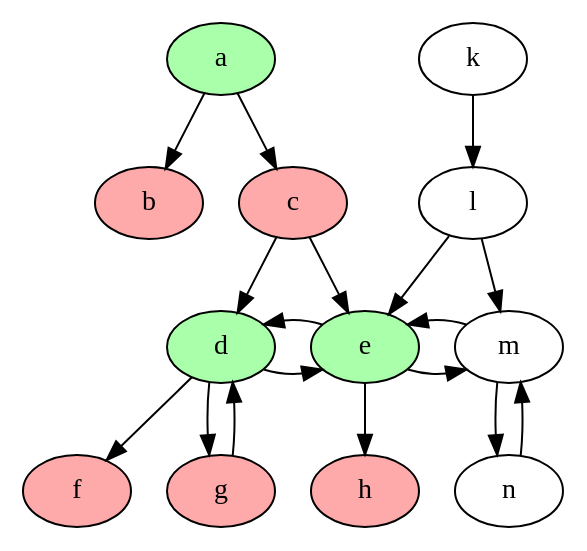
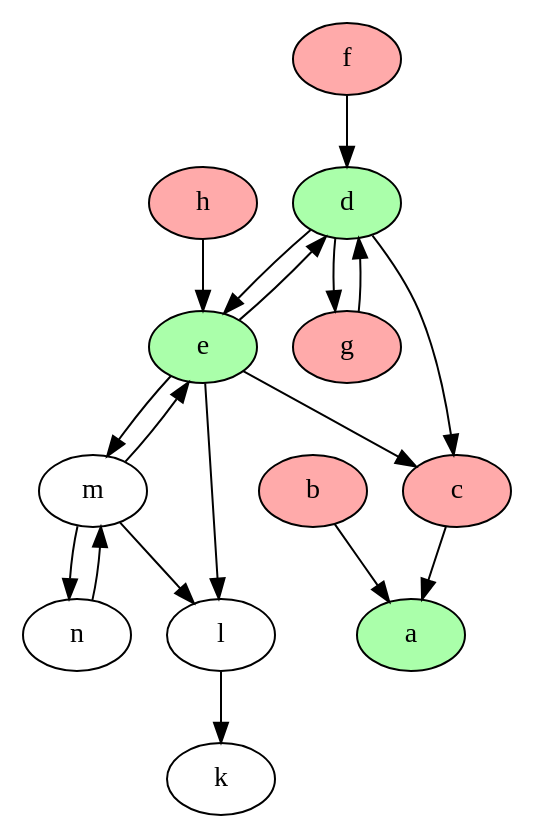
One commit to idaks/Games-and-Argumentation changed the diagram in output/state_1.2_graph.dot. Above: the diagram before and after it, drawn with Graphviz. The commit also changed 12 other files, not shown here.

```diff
--- a/output/state_1.2_graph.dot
+++ b/output/state_1.2_graph.dot
@@ -1,36 +1,35 @@
 strict digraph "" {
+	b	[fillcolor="#FFAAAA",
+		style=filled];
 	a	[fillcolor="#AAFFAA",
 		style=filled];
-	b	[fillcolor="#FFAAAA",
-		style=filled];
-	a -> b;
+	b -> a;
 	c	[fillcolor="#FFAAAA",
 		style=filled];
-	a -> c;
+	c -> a;
+	l -> k;
 	d	[fillcolor="#AAFFAA",
 		style=filled];
-	c -> d;
+	d -> c;
 	e	[fillcolor="#AAFFAA",
 		style=filled];
-	c -> e;
-	k -> l;
-	l -> e;
-	l -> m;
 	d -> e;
-	f	[fillcolor="#FFAAAA",
-		style=filled];
-	d -> f;
 	g	[fillcolor="#FFAAAA",
 		style=filled];
 	d -> g;
+	e -> c;
+	e -> l;
 	e -> d;
 	e -> m;
+	m -> l;
+	m -> e;
+	m -> n;
+	f	[fillcolor="#FFAAAA",
+		style=filled];
+	f -> d;
+	g -> d;
 	h	[fillcolor="#FFAAAA",
 		style=filled];
-	e -> h;
-	m -> e;
-	m -> n;
-	g -> d;
+	h -> e;
 	n -> m;
-{rank=same; "d" "e" "m"}
 }
```
